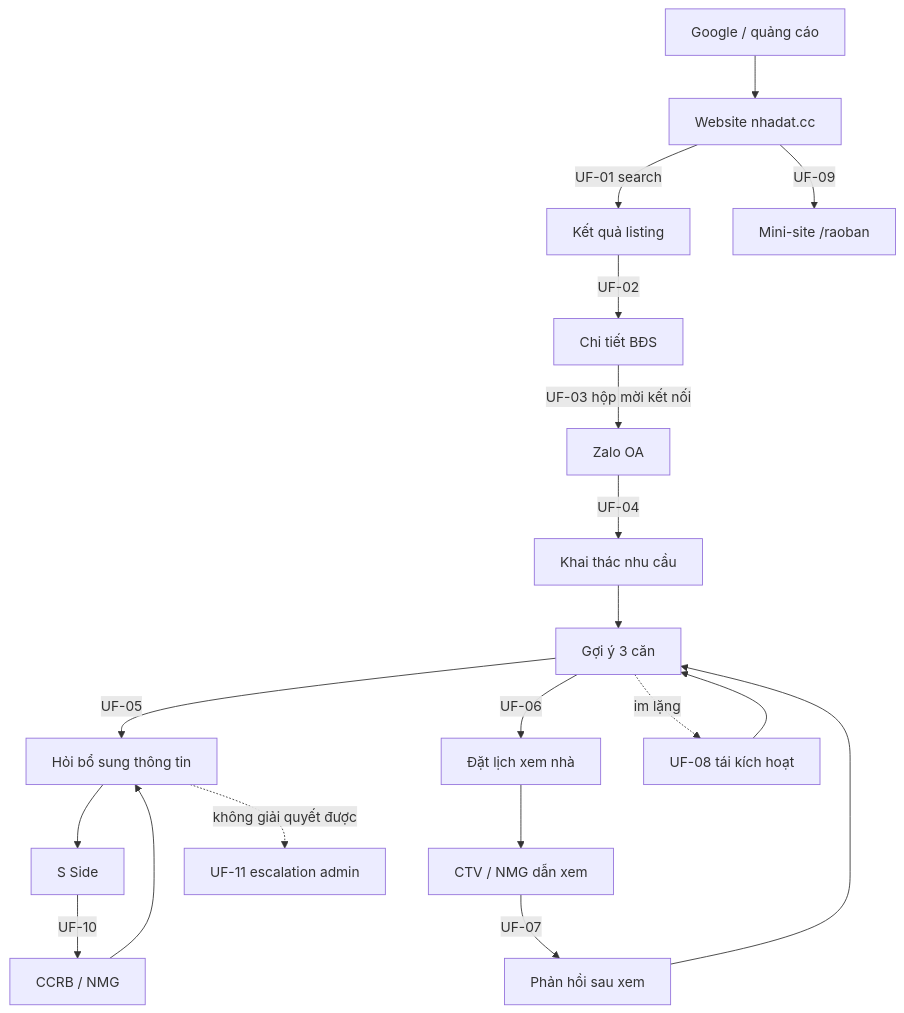
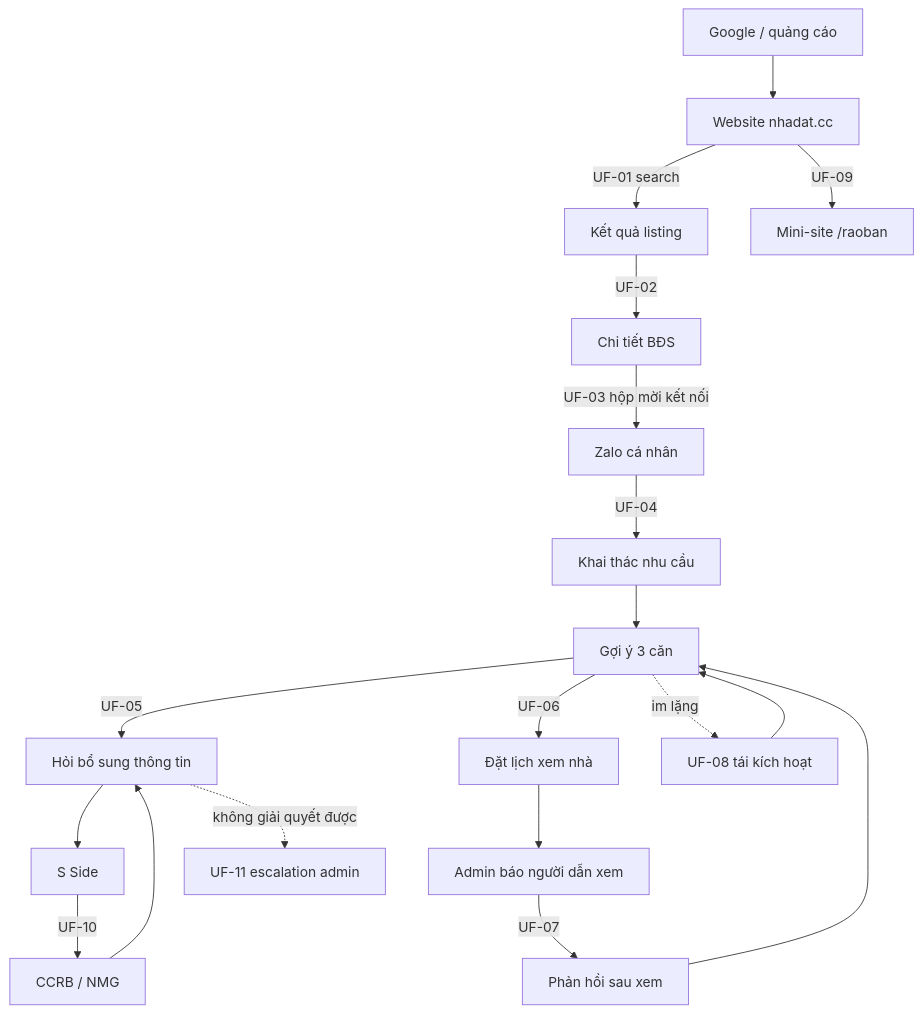
The first of 8 diagrams in docs/03-user-flows.md (quang507/AOND), drawn with Mermaid before and after one commit. The commit also changed other lines of this file and 18 other files, not shown here.

````diff
--- a/docs/03-user-flows.md
+++ b/docs/03-user-flows.md
@@ -9,21 +15,21 @@
 ```mermaid
 flowchart TD
     G[Google / quảng cáo] --> W[Website nhadat.cc]
     W -->|UF-01 search| L[Kết quả listing]
     L -->|UF-02| D[Chi tiết BĐS]
-    D -->|UF-03 hộp mời kết nối| Z[Zalo OA]
+    D -->|UF-03 hộp mời kết nối| Z[Zalo cá nhân]
     W -->|UF-09| SM["Mini-site /raoban"]
     Z -->|UF-04| NEED[Khai thác nhu cầu]
     NEED --> REC[Gợi ý 3 căn]
     REC -->|UF-05| ASK[Hỏi bổ sung thông tin]
     ASK --> SS[S Side]
     SS -->|UF-10| S[CCRB / NMG]
     S --> ASK
     REC -->|UF-06| BOOK[Đặt lịch xem nhà]
-    BOOK --> CTV[CTV / NMG dẫn xem]
-    CTV -->|UF-07| FB[Phản hồi sau xem]
+    BOOK --> ADMIN[Admin báo người dẫn xem]
+    ADMIN -->|UF-07| FB[Phản hồi sau xem]
     FB --> REC
     REC -.im lặng.-> UF8[UF-08 tái kích hoạt]
     UF8 --> REC
     ASK -.không giải quyết được.-> ADM[UF-11 escalation admin]
 ```
````
